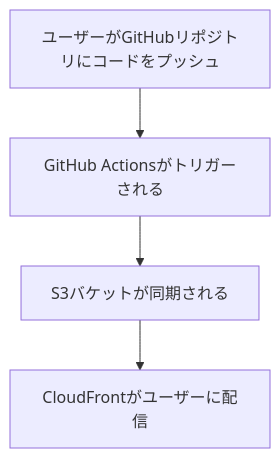
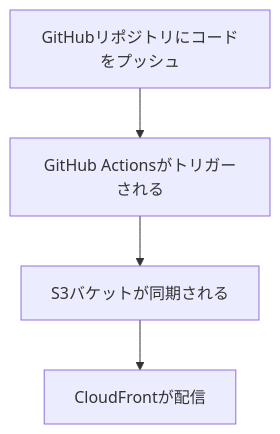
One commit to x24ken/obsidian changed the diagram in 01 - Feeling Notes/AWS YouTube Tutorial README.md. Above: the diagram before and after it, drawn with Mermaid. The commit also changed other lines of this file and 3 other files, not shown here.

````diff
--- a/01 - Feeling Notes/AWS YouTube Tutorial README.md
+++ b/01 - Feeling Notes/AWS YouTube Tutorial README.md
@@ -1,6 +3,6 @@
 ```mermaid
 graph TD
-    A[ユーザーがGitHubリポジトリにコードをプッシュ] --> B[GitHub Actionsがトリガーされる]
+    A[GitHubリポジトリにコードをプッシュ] --> B[GitHub Actionsがトリガーされる]
     B --> C[S3バケットが同期される]
-    C --> D[CloudFrontがユーザーに配信]
+    C --> D[CloudFrontが配信]
 ```
````
